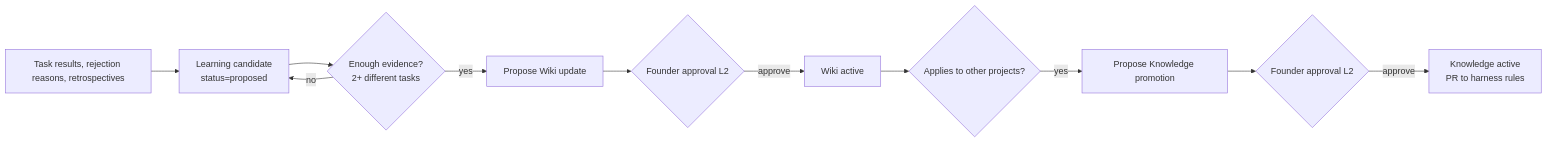
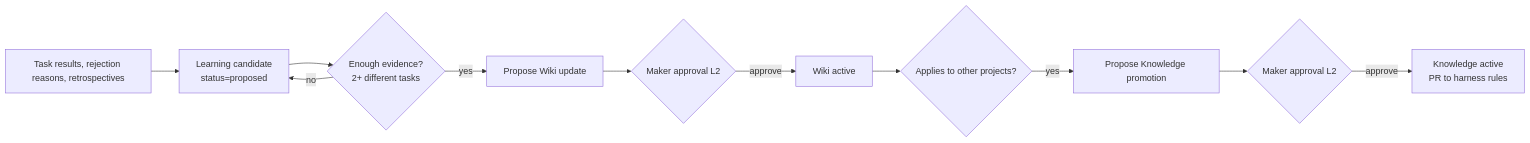
One commit to ysjee141/flywheel changed the ninth of 13 diagrams in plan-draft.en.md. Above: the diagram before and after it, drawn with Mermaid. The commit also changed other lines of this file and 1 other file, not shown here.

First line of the commit message:
Rename founder role to Maker in plan draft

````diff
--- a/plan-draft.en.md
+++ b/plan-draft.en.md
@@ -543,13 +544,13 @@
 ```mermaid
 flowchart LR
   A[Task results, rejection reasons, retrospectives] --> B[Learning candidate<br/>status=proposed]
   B --> C{Enough evidence?<br/>2+ different tasks}
   C -->|no| B
   C -->|yes| D[Propose Wiki update]
-  D --> E{Founder approval L2}
+  D --> E{Maker approval L2}
   E -->|approve| F[Wiki active]
   F --> G{Applies to other projects?}
   G -->|yes| H[Propose Knowledge promotion]
-  H --> I{Founder approval L2}
+  H --> I{Maker approval L2}
   I -->|approve| J[Knowledge active<br/>PR to harness rules]
 ```
````
